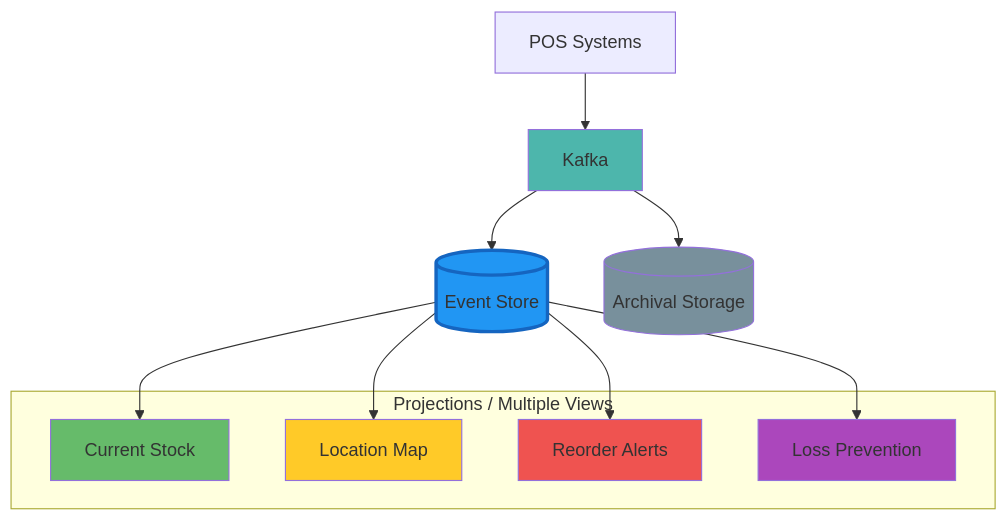
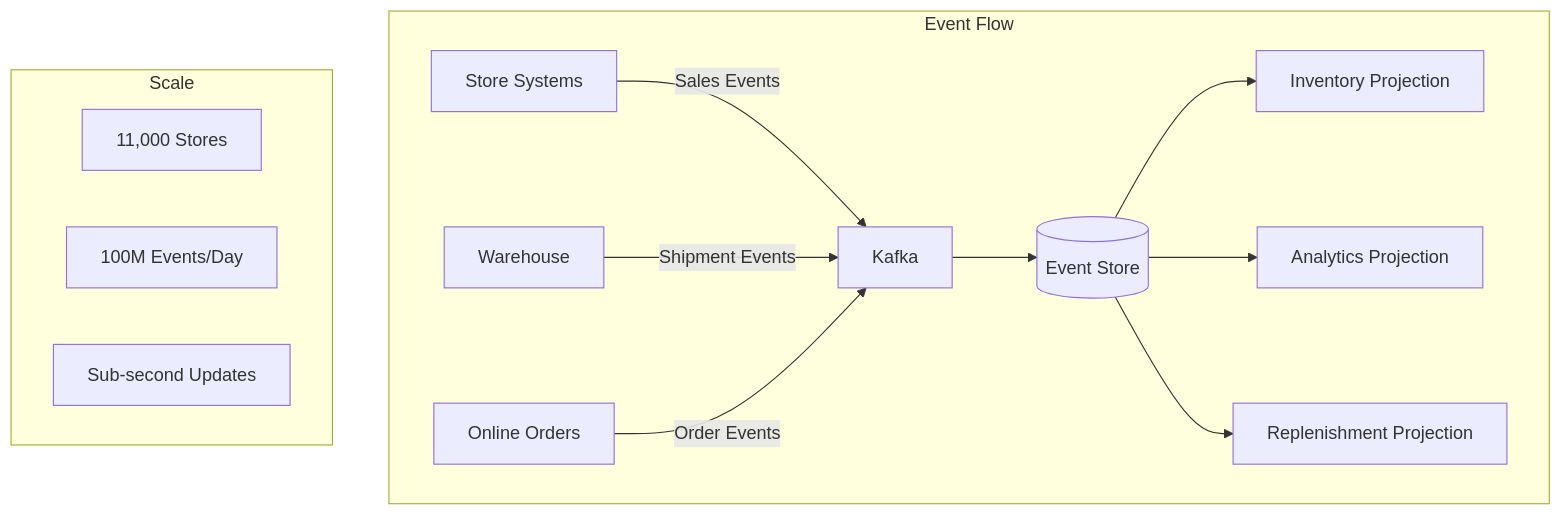
One commit to deepaucksharma/DStudio changed the fourth of 5 diagrams in docs/pattern-library/data-management/event-sourcing.md. Above: the diagram before and after it, drawn with Mermaid. The commit also changed other lines of this file and 64 other files, not shown here.

````diff
--- a/docs/pattern-library/data-management/event-sourcing.md
+++ b/docs/pattern-library/data-management/event-sourcing.md
@@ -496,23 +326,20 @@
- ```mermaid
- graph TB
- POS[POS Systems] --> K[Kafka]
- K --> ES[(Event Store)]
- K --> AS[(Archival Storage)]
- ES --> P1[Current Stock]
- ES --> P2[Location Map]
- ES --> P3[Reorder Alerts]
- ES --> P4[Loss Prevention]
- subgraph "Projections / Multiple Views"
- P1
- P2
- P3
- P4
- end
- style K fill:#4db6ac
- style ES fill:#2196f3,stroke:#1565c0,stroke-width:3px
- style AS fill:#78909c
- style P1 fill:#66bb6a
- style P2 fill:#ffca28
- style P3 fill:#ef5350
- style P4 fill:#ab47bc
- ```
+```mermaid
+graph TB
+    subgraph "Event Flow"
+        ST[Store Systems] -->|Sales Events| K[Kafka]
+        WH[Warehouse] -->|Shipment Events| K
+        ON[Online Orders] -->|Order Events| K
+        
+        K --> ES[(Event Store)]
+        
+        ES --> IP[Inventory Projection]
+        ES --> AP[Analytics Projection]
+        ES --> RP[Replenishment Projection]
+    end
+    
+    subgraph "Scale"
+        M1[11,000 Stores]
+        M2[100M Events/Day]
+        M3[Sub-second Updates]
+    end
+```
````
